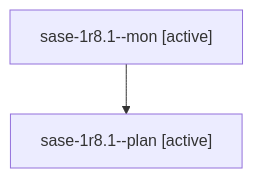
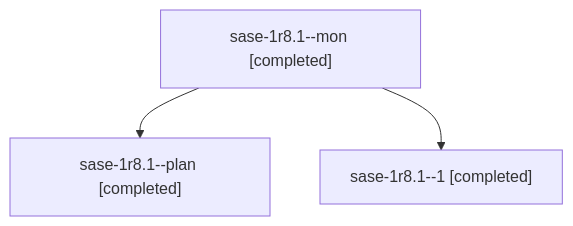
One commit to sase-org/sase--agents changed the diagram in sessions/bbugyi200.athena.sase-1r8.1.md. Above: the diagram before and after it, drawn with Mermaid. The commit also changed other lines of this file and 32 other files, not shown here.

````diff
--- a/sessions/bbugyi200.athena.sase-1r8.1.md
+++ b/sessions/bbugyi200.athena.sase-1r8.1.md
@@ -9,6 +9,8 @@
 ```mermaid
 flowchart TD
-  n0["sase-1r8.1--mon [active]"]
-  n1["sase-1r8.1--plan [active]"]
+  n0["sase-1r8.1--mon [completed]"]
+  n1["sase-1r8.1--plan [completed]"]
   n0 --> n1
+  n2["sase-1r8.1--1 [completed]"]
+  n0 --> n2
 ```
````
